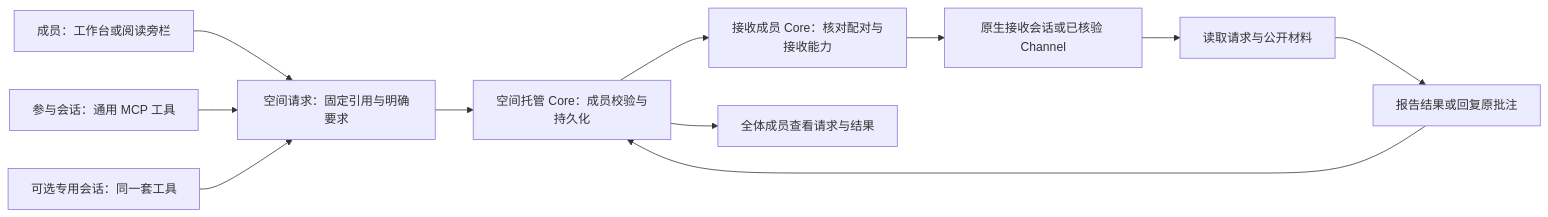
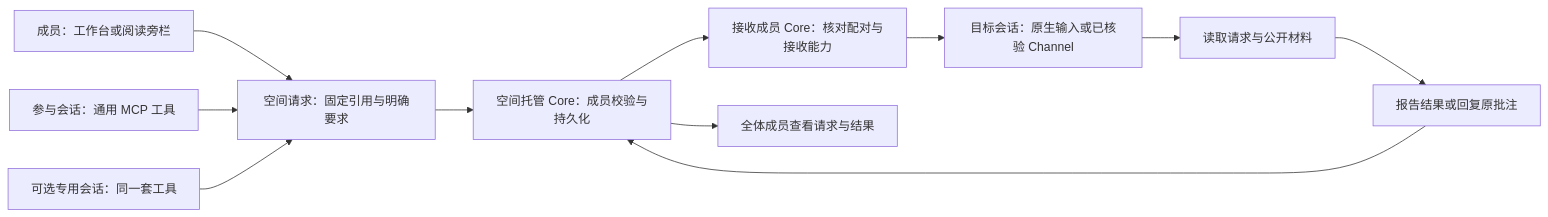
The first of 2 diagrams in docs/agent-wiki/sources/decisions/space-workbench.md (YTwsy/Team-Cross), drawn with Mermaid before and after one commit. The commit also changed other lines of this file and 13 other files, not shown here.

````diff
--- a/docs/agent-wiki/sources/decisions/space-workbench.md
+++ b/docs/agent-wiki/sources/decisions/space-workbench.md
@@ -17,13 +17,13 @@
 ```mermaid
 flowchart LR
     H[成员：工作台或阅读旁栏] --> R[空间请求：固定引用与明确要求]
     A[参与会话：通用 MCP 工具] --> R
     C[可选专用会话：同一套工具] --> R
     R --> S[空间托管 Core：成员校验与持久化]
     S --> B[接收成员 Core：核对配对与接收能力]
-    B --> N[原生接收会话或已核验 Channel]
+    B --> N[目标会话：原生输入或已核验 Channel]
     N --> Q[读取请求与公开材料]
     Q --> F[报告结果或回复原批注]
     F --> S
     S --> V[全体成员查看请求与结果]
 ```
````
